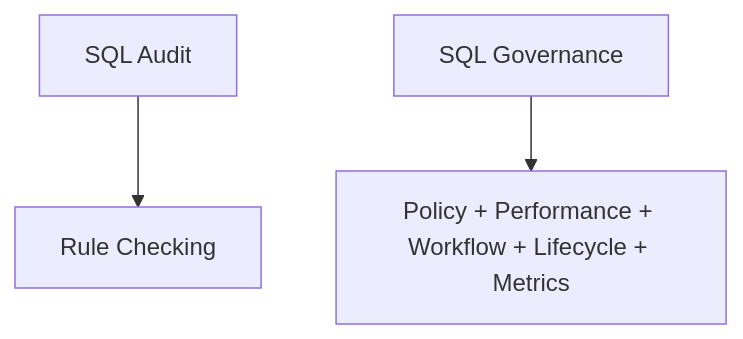
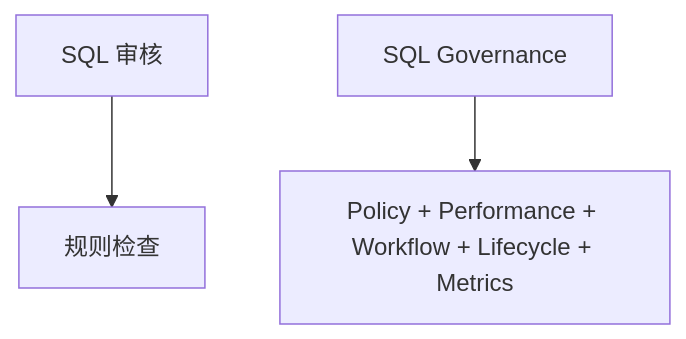
Before and after one commit to PawSQL/pawsql-docs-mantlify: diagram 16 of 21 in docs/use-cases/enterprise-sql-governance.mdx, drawn with Mermaid. The commit also changed other lines of this file and 143 other files, not shown here.

````diff
--- a/docs/use-cases/enterprise-sql-governance.mdx
+++ b/docs/use-cases/enterprise-sql-governance.mdx
@@ -1052,5 +1052,5 @@
 ```mermaid
 flowchart TD
-    A["SQL Audit"] --> B["Rule Checking"]
+    A["SQL 审核"] --> B["规则检查"]
     C["SQL Governance"] --> D["Policy + Performance + Workflow + Lifecycle + Metrics"]
 ```
````
